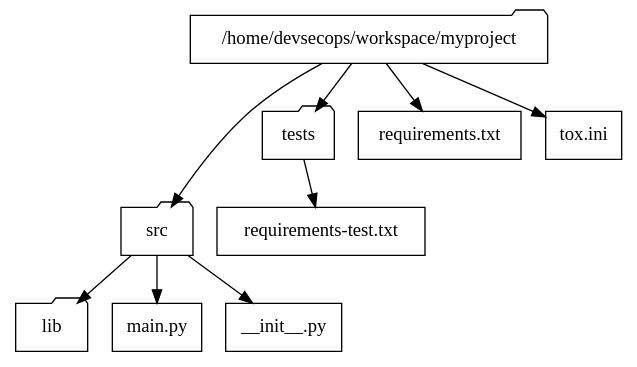
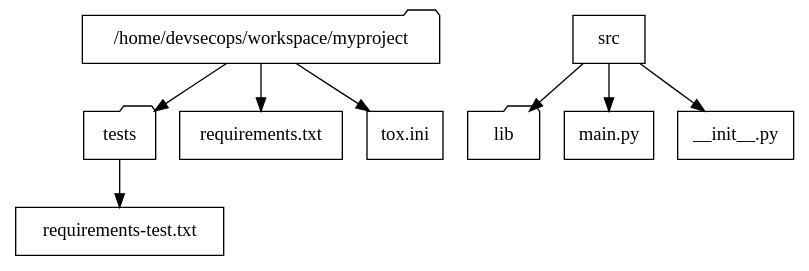
Before and after one commit to ajcborges/devsecops-tactical-workbook: the diagram in book/dot/24-python.dot, drawn with Graphviz. The commit also changed 21 other files, not shown here.

```diff
--- a/book/dot/24-python.dot
+++ b/book/dot/24-python.dot
@@ -1,28 +1,28 @@
 digraph mypython {
   #rankdir=LR;
   node [shape=rectangle];
 
   py [shape=folder fontname="Symbol" label="/home/devsecops/workspace/myproject"];
   lib [shape=folder fontname="Symbol" label="lib"];
-  src [shape=folder fontname="Symbol" label="src"];
+  #src [shape=folder fontname="Symbol" label="src"];
   8 [fontname="Symbol" label="tests" shape=folder];
 
   req [fontname="Symbol" label="requirements.txt"];
   tst [fontname="Symbol" label="requirements-test.txt"];
   9 [fontname="Symbol" label="main.py"];
   7 [fontname="Symbol" label="__init__.py"];
   C [fontname="Symbol" label="tox.ini"];
 
   py -> req;
-  py -> src;
+  #py -> src;
   py -> 8;
   py -> C;
 
-  {rank=same; tst; src;}
+  #{rank=same; tst; src;}
   src -> lib;
   src -> 9;
   src -> 7;
 
   8 -> tst;
   {rank=same; lib 9}
 }
```
